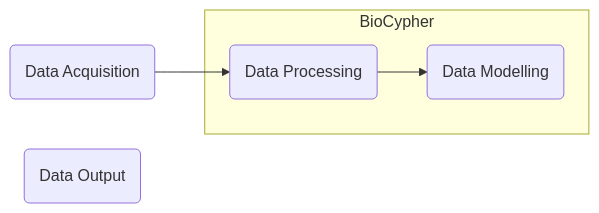
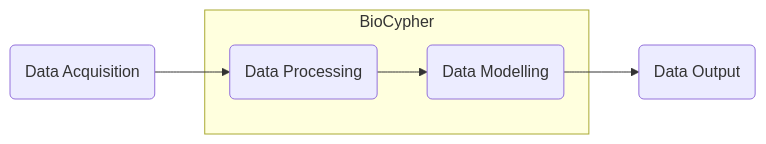
One commit to HealthECCO/community-resources changed the second of 2 diagrams in README.md. Above: the diagram before and after it, drawn with Mermaid.

````diff
--- a/README.md
+++ b/README.md
@@ -10,8 +10,8 @@
 ```mermaid
   graph LR; 
       DA(Data Acquisition)-->DP(Data Processing);
       subgraph BioCypher
         DP-->DM(Data Modelling);
       end
-     DO(Data Output);
+      DM-->DO(Data Output);
 ```
````
